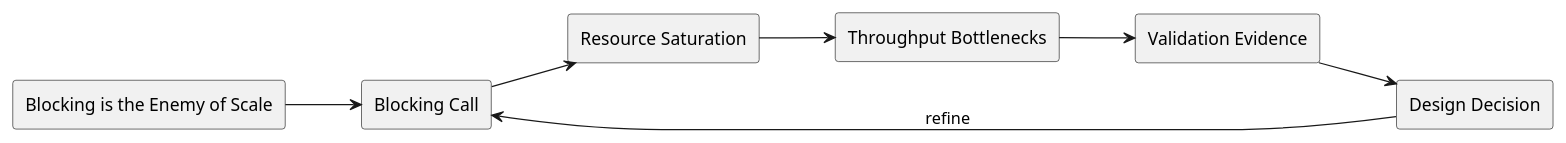
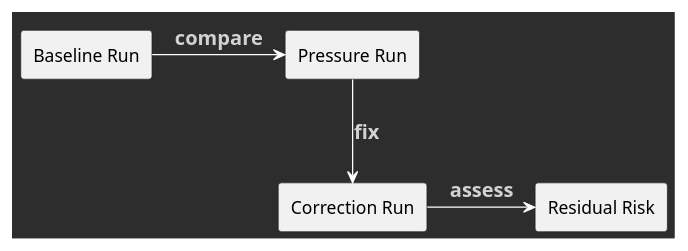
The eighth of 8 diagrams in doc/lectures/week9/blocking_vs_async/README.slides.adoc (madajaju/CS5254), drawn with PlantUML before and after one commit. The commit also changed other lines of this file and 20 other files, not shown here.

```diff
--- a/doc/lectures/week9/blocking_vs_async/README.slides.adoc
+++ b/doc/lectures/week9/blocking_vs_async/README.slides.adoc
@@ -63,22 +200,26 @@
-[plantuml, target=architecture, format=svg, width=80%]
+[plantuml,width=100%]
 ----
 @startuml
+skinparam backgroundColor #123456
+skinparam defaultFontColor black
+skinparam ArrowColor white
+skinparam ArrowFontColor #ffd166
+skinparam ArrowFontStyle bold
+skinparam ArrowFontSize 16
+skinparam participantBackgroundColor white
+skinparam participantBorderColor #123456
+skinparam participantFontColor black
+skinparam lifeLineBorderColor white
+skinparam lifeLineBackgroundColor white
+skinparam shadowing false
 skinparam monochrome true
-skinparam shadowing false
-left to right direction
-
-rectangle "Blocking is the Enemy of Scale" as Topic
-rectangle "Blocking Call" as A
-rectangle "Resource Saturation" as B
-rectangle "Throughput Bottlenecks" as C
-rectangle "Validation Evidence" as V
-rectangle "Design Decision" as D
-
-Topic --> A
-A --> B
-B --> C
-C --> V
-V --> D
-D --> A : refine
+skinparam defaultTextAlignment center
+rectangle "Baseline Run" as A
+rectangle "Pressure Run" as B
+rectangle "Correction Run" as C
+rectangle "Residual Risk" as D
+A -> B : compare
+B --> C : fix
+C -> D : assess
 @enduml
 ----
```
